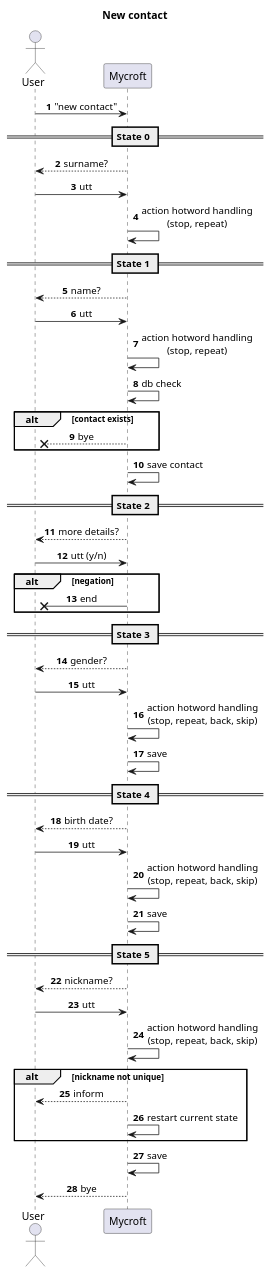
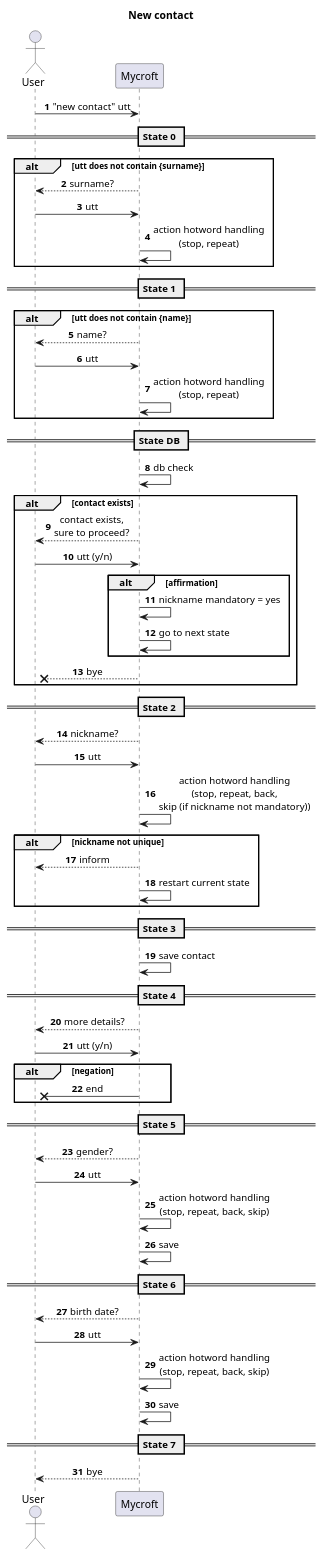
The diagram in docs/new-contact.puml (davquar/VoiceCRM), drawn with PlantUML before and after one commit. The commit also changed 3 other files, not shown here.

Commit message:
Update diagrams in the 2nd iteration

```diff
--- a/docs/new-contact.puml
+++ b/docs/new-contact.puml
@@ -1,58 +1,72 @@
 @startuml new contact
 skinparam SequenceMessageAlignment center
 autonumber
 
 title New contact
 
 actor User as u
 participant Mycroft as m
 
-u -> m: "new contact"
+u -> m: "new contact" utt
 == State 0 ==
-m --> u: surname?
-u -> m: utt
-m -> m: action hotword handling\n(stop, repeat)
+alt utt does not contain {surname}
+    m --> u: surname?
+    u -> m: utt
+    m -> m: action hotword handling\n(stop, repeat)
+end
 
 == State 1 ==
-m --> u: name?
-u -> m: utt
-m -> m: action hotword handling\n(stop, repeat)
+alt utt does not contain {name}
+    m --> u: name?
+    u -> m: utt
+    m -> m: action hotword handling\n(stop, repeat)
+end
+
+== State DB ==
 
 m -> m: db check
 alt contact exists
+    m --> u: contact exists,\nsure to proceed?
+    u -> m: utt (y/n)
+    alt affirmation
+        m -> m: nickname mandatory = yes
+        m -> m: go to next state
+    end
     m --x u: bye
 end
+
+== State 2 ==
+m --> u: nickname?
+u -> m: utt
+m -> m: action hotword handling\n(stop, repeat, back,\nskip (if nickname not mandatory))
+alt nickname not unique
+    m --> u: inform
+    m -> m: restart current state
+end
+
+== State 3 ==
 m -> m: save contact
 
-== State 2 ==
+== State 4 ==
 m --> u: more details?
 u -> m: utt (y/n)
 alt negation
     m -x u: end
 end
 
-== State 3 ==
+== State 5 ==
 m --> u: gender?
 u -> m: utt
 m -> m: action hotword handling\n(stop, repeat, back, skip)
 m -> m: save
 
-== State 4 ==
+== State 6 ==
 m --> u: birth date?
 u -> m: utt
 m -> m: action hotword handling\n(stop, repeat, back, skip)
 m -> m: save
 
-== State 5 ==
-m --> u: nickname?
-u -> m: utt
-m -> m: action hotword handling\n(stop, repeat, back, skip)
-alt nickname not unique
-    m --> u: inform
-    m -> m: restart current state
-end
-m -> m: save
-
+== State 7 ==
 m --> u: bye
 
 @enduml
```
